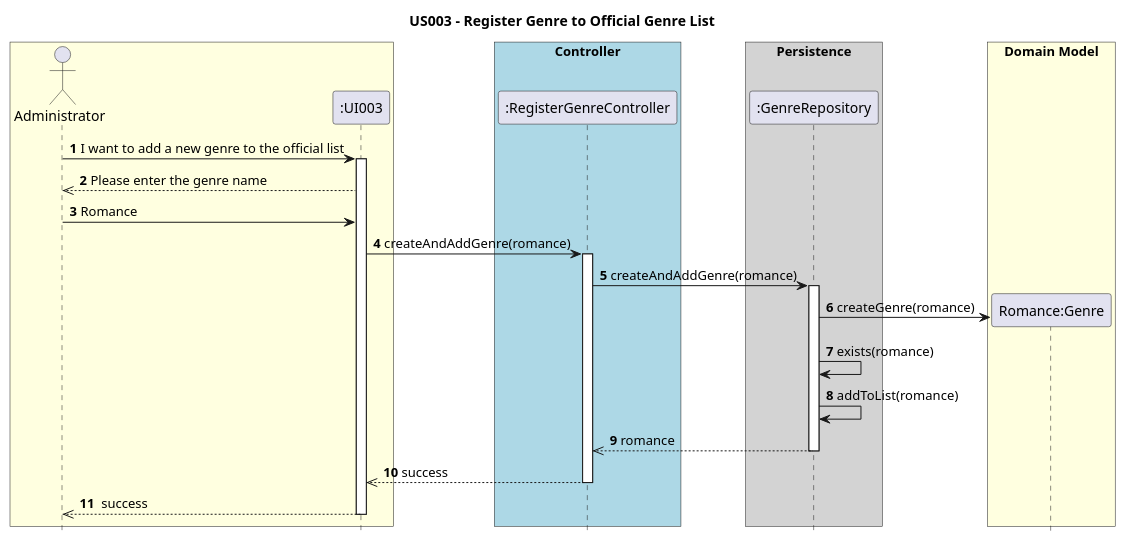
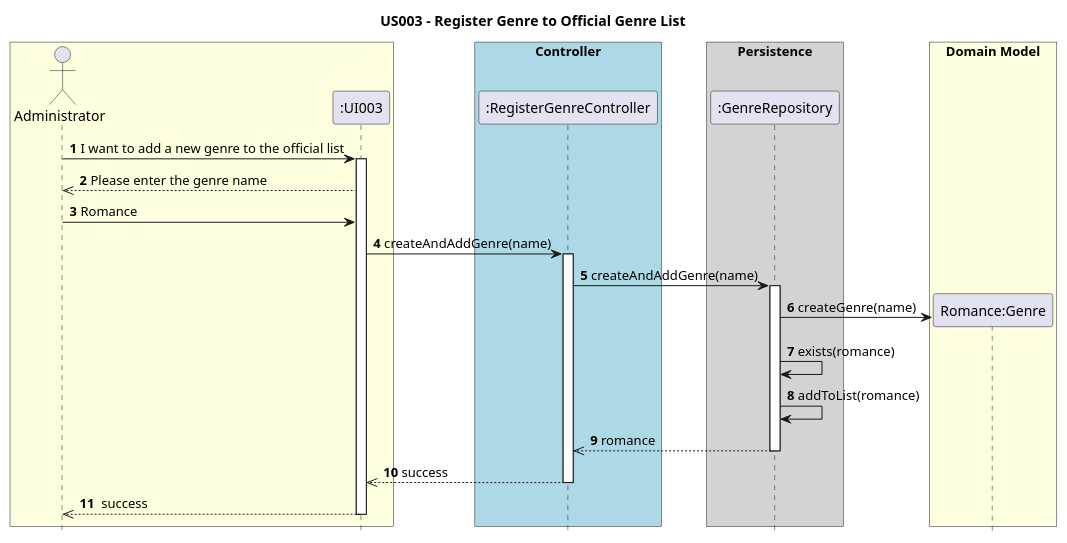
The diagram in Diagrams/SequenceDiagrams/N2/US003 -To-add-a-publication-genre-to-the-genre-list.puml (AndrePereiraGitH/SWitCH-Project-Team_A), drawn with PlantUML before and after one commit. The commit also changed 2 other files, not shown here.

```diff
--- a/Diagrams/SequenceDiagrams/N2/US003 -To-add-a-publication-genre-to-the-genre-list.puml
+++ b/Diagrams/SequenceDiagrams/N2/US003 -To-add-a-publication-genre-to-the-genre-list.puml
@@ -1,51 +1,51 @@
 @startuml
 hide footbox
 title US003 - Register Genre to Official Genre List
 
 box #Lightyellow
 actor Administrator
 participant ":UI003" as UI
 end box
 
 box "Controller" #LightBlue
 participant ":RegisterGenreController" as RegisterGenreController
 end box
 
 box "Persistence" #LightGrey
 participant ":GenreRepository" as GenreRepository
 end box
 
 
 Administrator -> UI : **1** I want to add a new genre to the official list
 
 activate UI
 
 UI -->> Administrator : **2** Please enter the genre name
 Administrator -> UI : **3** Romance
 
 
-UI -> RegisterGenreController : **4** createAndAddGenre(romance)
+UI -> RegisterGenreController : **4** createAndAddGenre(name)
 activate RegisterGenreController
 
-RegisterGenreController -> GenreRepository : **5** createAndAddGenre(romance)
+RegisterGenreController -> GenreRepository : **5** createAndAddGenre(name)
 activate GenreRepository
 
 box "Domain Model" #LightYellow
   create "Romance:Genre" as Genre
   end box
-  GenreRepository -> Genre : **6** createGenre(romance)
+  GenreRepository -> Genre : **6** createGenre(name)
   GenreRepository -> GenreRepository : **7** exists(romance)
 
   GenreRepository -> GenreRepository : **8** addToList(romance)
   GenreRepository -->> RegisterGenreController : **9** romance
 
 
 deactivate GenreRepository
 
 RegisterGenreController -->> UI : **10** success
 deactivate RegisterGenreController
 
 UI -->> Administrator : **11**  success
 deactivate UI
 
 @enduml
```
